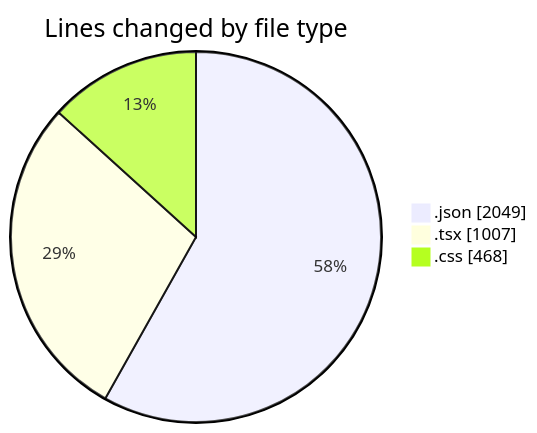
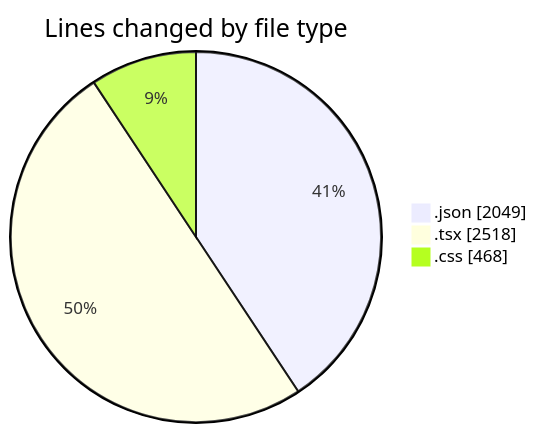
Before and after one commit to EIIisD/code-tracking: the first of 2 diagrams in 2025-08-14/ribbon/README.md, drawn with Mermaid. The commit also changed other lines of this file and 1 other file, not shown here.

````diff
--- a/2025-08-14/ribbon/README.md
+++ b/2025-08-14/ribbon/README.md
@@ -27,7 +28,7 @@
 ```mermaid
 pie showData
 title Lines changed by file type
 ".json" : 2049
-".tsx" : 1007
+".tsx" : 2518
 ".css" : 468
 ```
````
